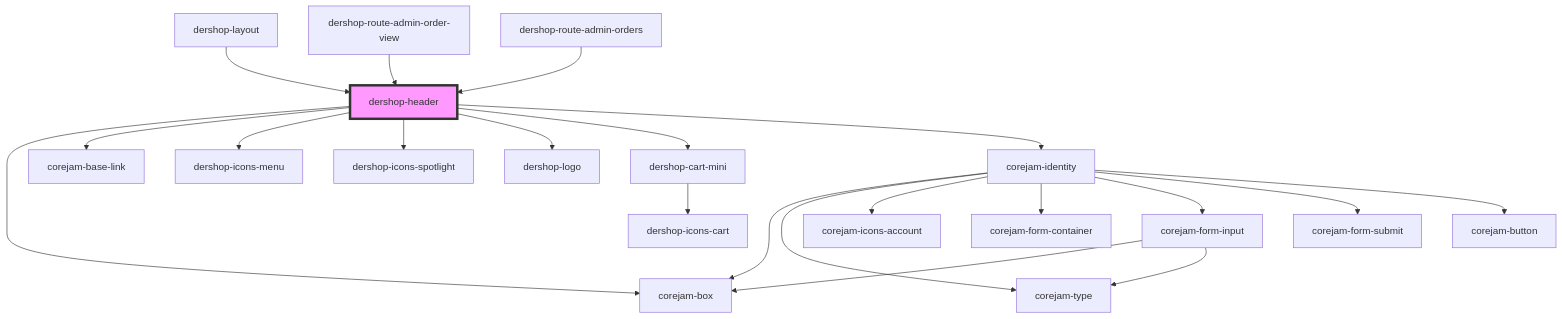
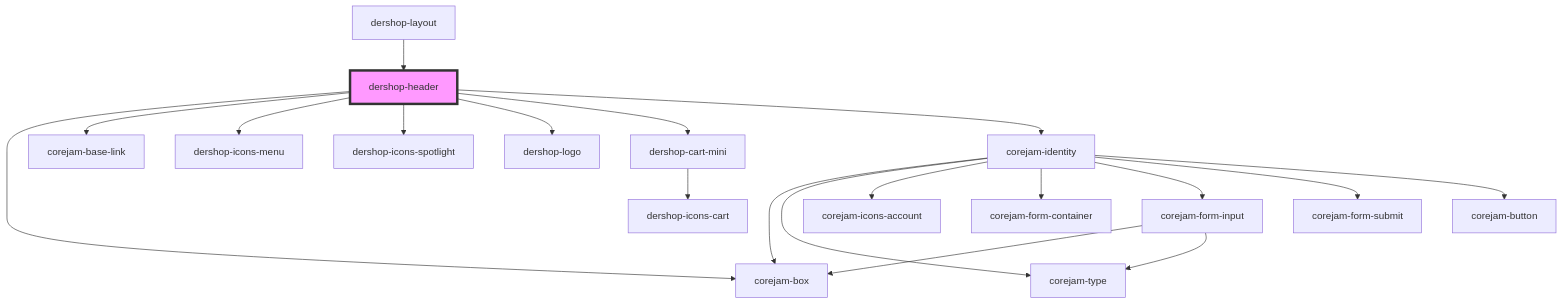
The diagram in packages/plugins/dershop/app/components/dershop-header/readme.md (corejam/corejam), drawn with Mermaid before and after one commit. The commit also changed other lines of this file and 10 other files, not shown here.

````diff
--- a/packages/plugins/dershop/app/components/dershop-header/readme.md
+++ b/packages/plugins/dershop/app/components/dershop-header/readme.md
@@ -36,24 +34,22 @@
 ```mermaid
 graph TD;
   dershop-header --> corejam-box
   dershop-header --> corejam-base-link
   dershop-header --> dershop-icons-menu
   dershop-header --> dershop-icons-spotlight
   dershop-header --> dershop-logo
   dershop-header --> dershop-cart-mini
   dershop-header --> corejam-identity
   dershop-cart-mini --> dershop-icons-cart
   corejam-identity --> corejam-box
   corejam-identity --> corejam-type
   corejam-identity --> corejam-icons-account
   corejam-identity --> corejam-form-container
   corejam-identity --> corejam-form-input
   corejam-identity --> corejam-form-submit
   corejam-identity --> corejam-button
   corejam-form-input --> corejam-box
   corejam-form-input --> corejam-type
   dershop-layout --> dershop-header
-  dershop-route-admin-order-view --> dershop-header
-  dershop-route-admin-orders --> dershop-header
   style dershop-header fill:#f9f,stroke:#333,stroke-width:4px
 ```
````
